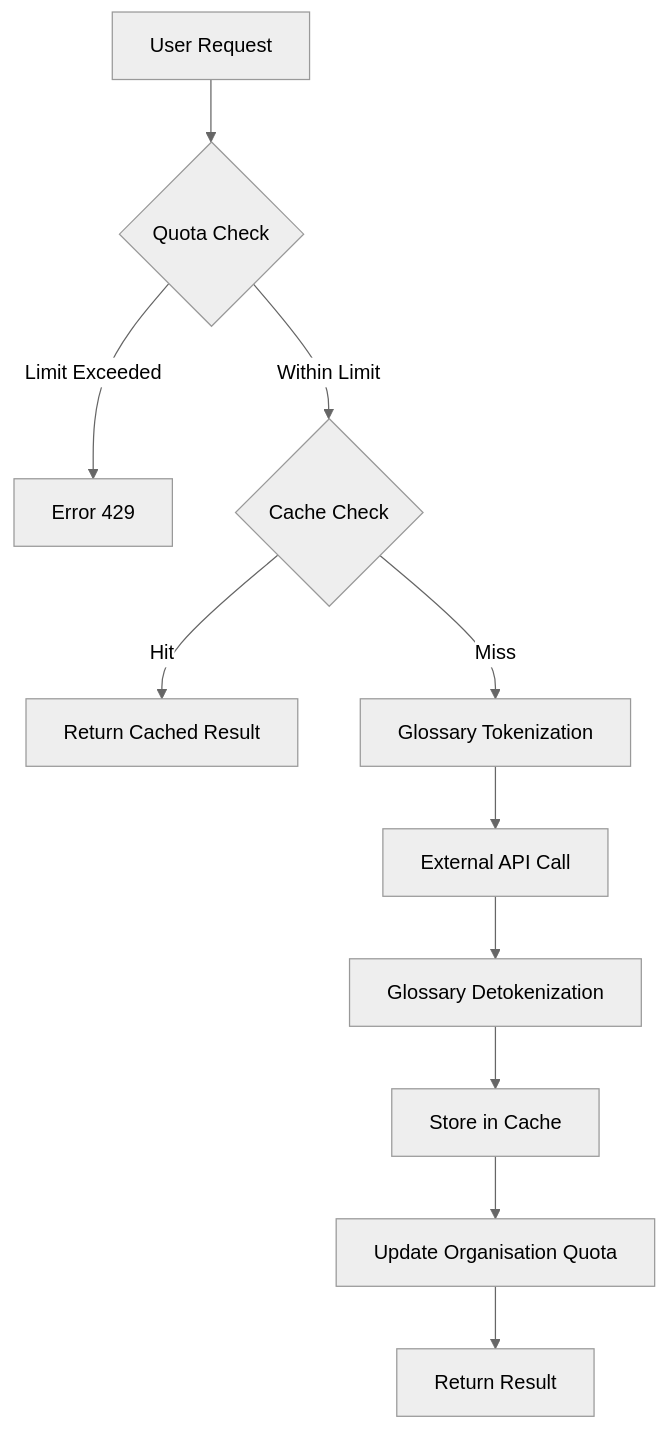
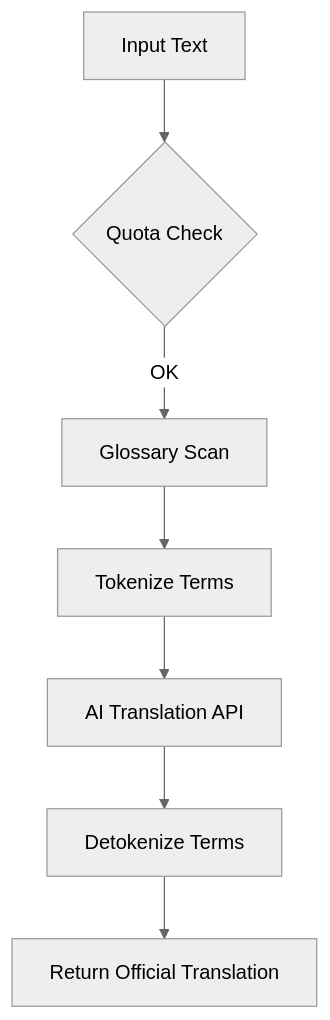
The diagram in README.md (adarsh-arya-23/JanBhasha), drawn with Mermaid (neutral theme) before and after one commit. The commit also changed other lines of this file, not shown here.

Commit message:
update README with streamlined setup instructions, revised feature list, and updated project architecture overview

````diff
--- a/README.md
+++ b/README.md
@@ -74,13 +87,9 @@
 ```mermaid
 graph TD
-    A[User Request] --> B{Quota Check}
-    B -- Limit Exceeded --> C[Error 429]
-    B -- Within Limit --> D{Cache Check}
-    D -- Hit --> E[Return Cached Result]
-    D -- Miss --> F[Glossary Tokenization]
-    F --> G[External API Call]
-    G --> H[Glossary Detokenization]
-    H --> I[Store in Cache]
-    I --> J[Update Organisation Quota]
-    J --> K[Return Result]
+    A[Input Text] --> B{Quota Check}
+    B -- OK --> C[Glossary Scan]
+    C --> D[Tokenize Terms]
+    D --> E[AI Translation API]
+    E --> F[Detokenize Terms]
+    F --> G[Return Official Translation]
 ```
````
